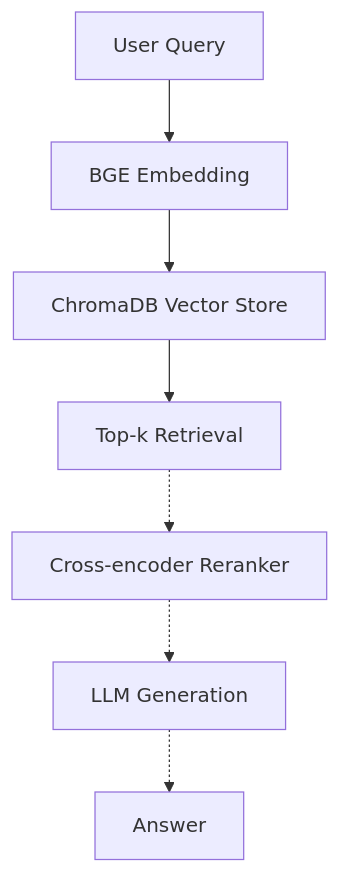
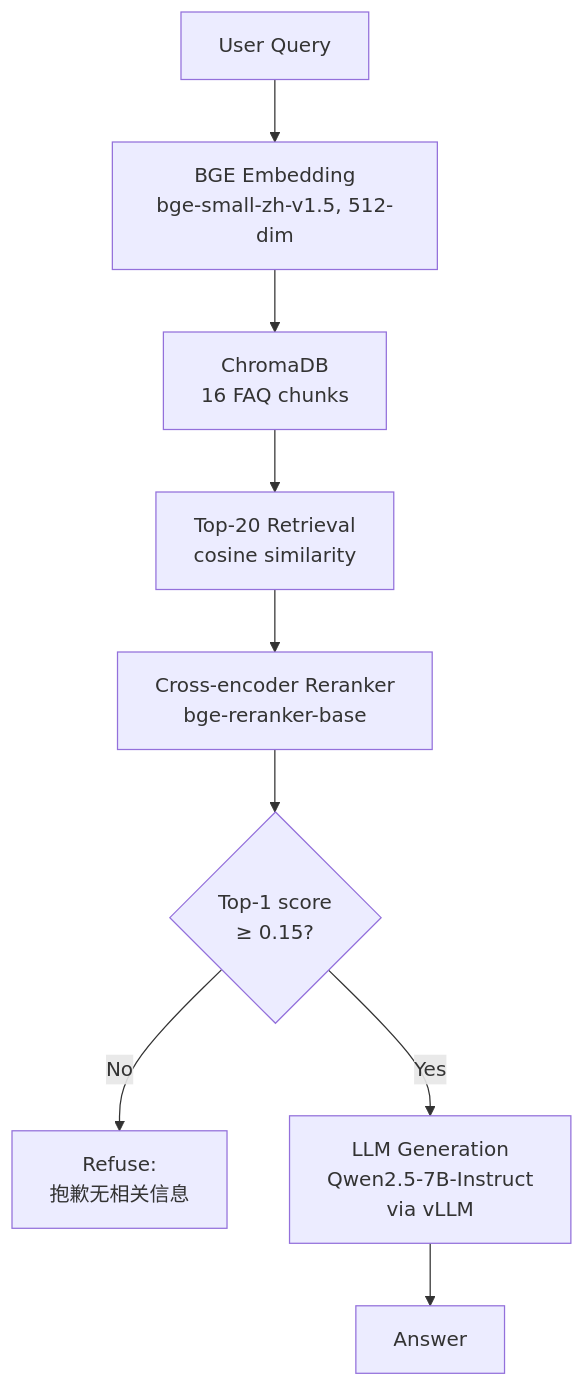
Before and after one commit to linxiang-ai/rag-from-scratch: the diagram in README.md, drawn with Mermaid. The commit also changed other lines of this file, not shown here.

Commit message:
docs: update Architecture diagram to reflect M1-M3 completion
- All arrows solid (no more "planned" dashed lines)
- Add reranker, rejection gate (threshold 0.15), and vLLM-served LLM
- Include model names and dimensions for each component

````diff
--- a/README.md
+++ b/README.md
@@ -20,9 +20,11 @@
 ```mermaid
 flowchart TD
-    Q[User Query] --> E[BGE Embedding]
-    E --> V[ChromaDB Vector Store]
-    V --> R[Top-k Retrieval]
-    R -.-> RR[Cross-encoder Reranker]
-    RR -.-> LLM[LLM Generation]
-    LLM -.-> A[Answer]
+    Q[User Query] --> E[BGE Embedding<br/>bge-small-zh-v1.5, 512-dim]
+    E --> V[ChromaDB<br/>16 FAQ chunks]
+    V --> R[Top-20 Retrieval<br/>cosine similarity]
+    R --> RR[Cross-encoder Reranker<br/>bge-reranker-base]
+    RR --> G{Top-1 score<br/>≥ 0.15?}
+    G -->|No| X[Refuse:<br/>抱歉无相关信息]
+    G -->|Yes| LLM[LLM Generation<br/>Qwen2.5-7B-Instruct<br/>via vLLM]
+    LLM --> A[Answer]
 ```
````
